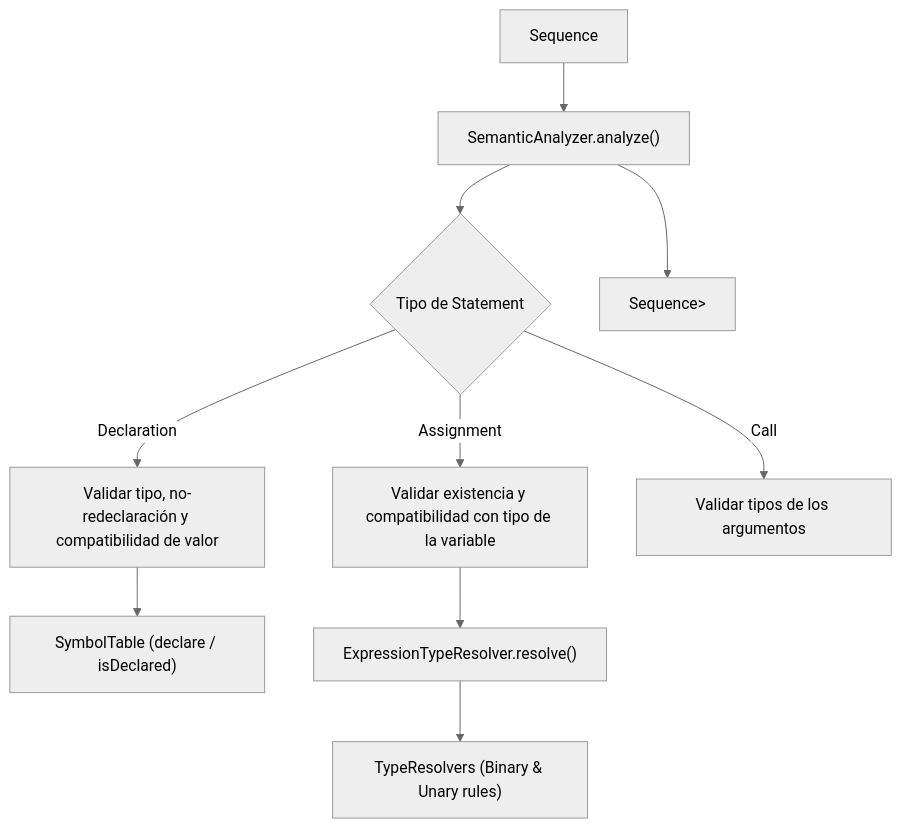
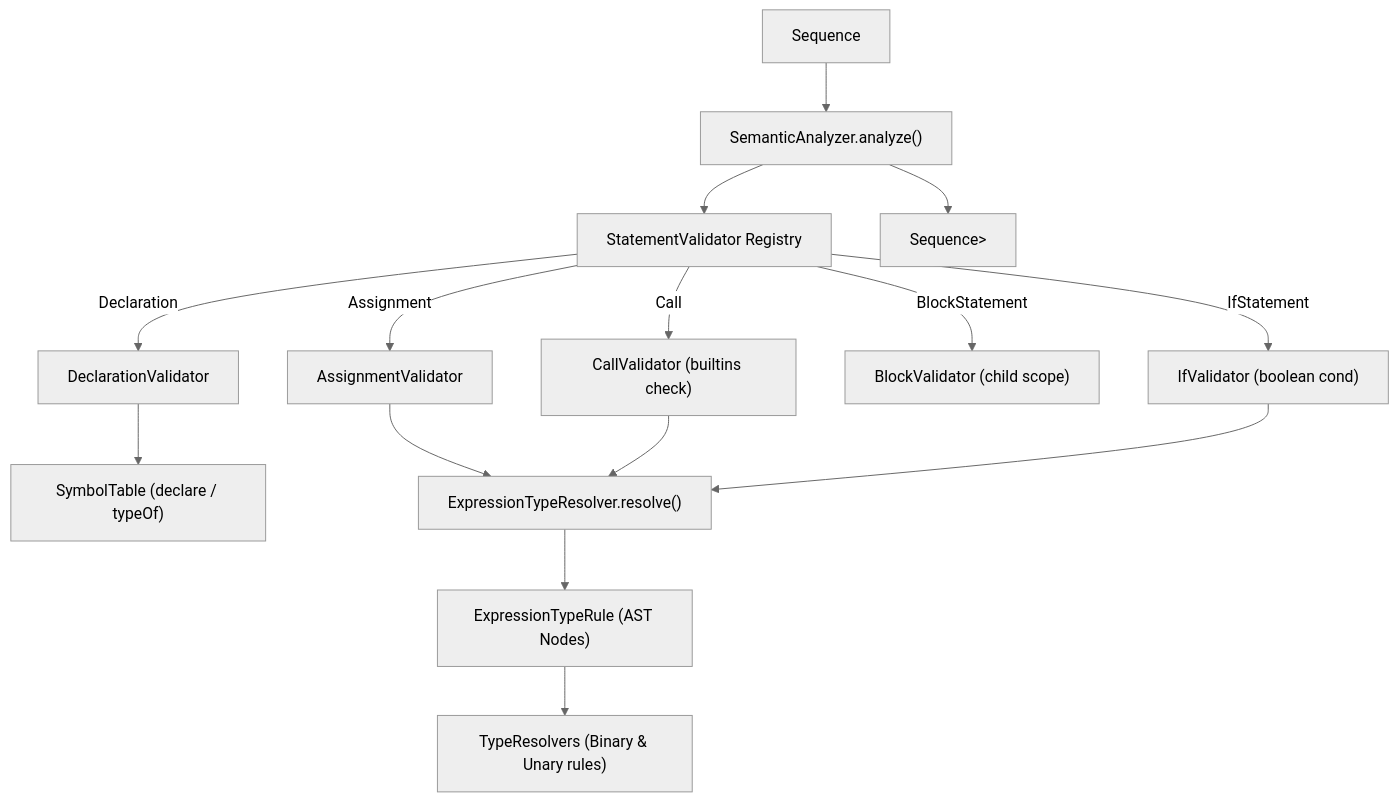
Before and after one commit to TP1-2-INGSIS/CNC: the diagram in semantic/README.md, drawn with Mermaid (neutral theme). The commit also changed other lines of this file and 7 other files, not shown here.

Commit message:
refactor(semantic,printscript): decouple StatementValidator, eliminate GC pressure and unify builtins

````diff
--- a/semantic/README.md
+++ b/semantic/README.md
@@ -26,15 +27,21 @@
 ```mermaid
 flowchart TD
     Stmt["Sequence<Statement>"] --> Analyzer["SemanticAnalyzer.analyze()"]
-    Analyzer --> CheckStmt{"Tipo de Statement"}
+    Analyzer --> ValRegistry["StatementValidator<T> Registry"]
     
-    CheckStmt -->|Declaration| DeclCheck["Validar tipo, no-redeclaración y compatibilidad de valor"]
-    CheckStmt -->|Assignment| AssignCheck["Validar existencia y compatibilidad con tipo de la variable"]
-    CheckStmt -->|Call| CallCheck["Validar tipos de los argumentos"]
+    ValRegistry -->|Declaration| DeclVal["DeclarationValidator"]
+    ValRegistry -->|Assignment| AssignVal["AssignmentValidator"]
+    ValRegistry -->|Call| CallVal["CallValidator (builtins check)"]
+    ValRegistry -->|BlockStatement| BlockVal["BlockValidator (child scope)"]
+    ValRegistry -->|IfStatement| IfVal["IfValidator (boolean cond)"]
     
-    DeclCheck --> ST["SymbolTable (declare / isDeclared)"]
-    AssignCheck --> ETR["ExpressionTypeResolver.resolve()"]
-    ETR --> Rules["TypeResolvers (Binary & Unary rules)"]
+    DeclVal --> ST["SymbolTable (declare / typeOf)"]
+    AssignVal --> ETR["ExpressionTypeResolver.resolve()"]
+    CallVal --> ETR
+    IfVal --> ETR
+    
+    ETR --> ETRules["ExpressionTypeRule (AST Nodes)"]
+    ETRules --> TypeRes["TypeResolvers (Binary & Unary rules)"]
     
     Analyzer --> Result["Sequence<Result<Statement>>"]
 ```
````
